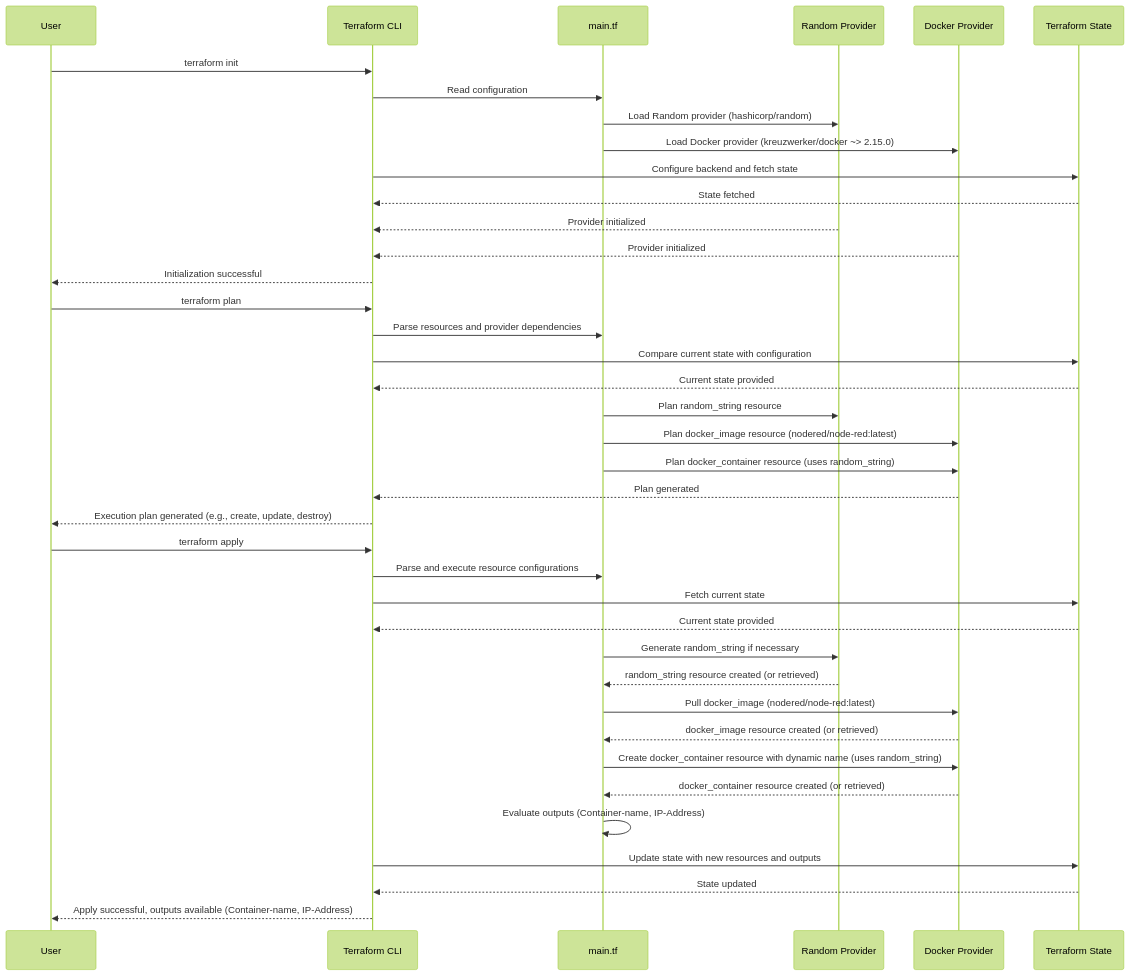
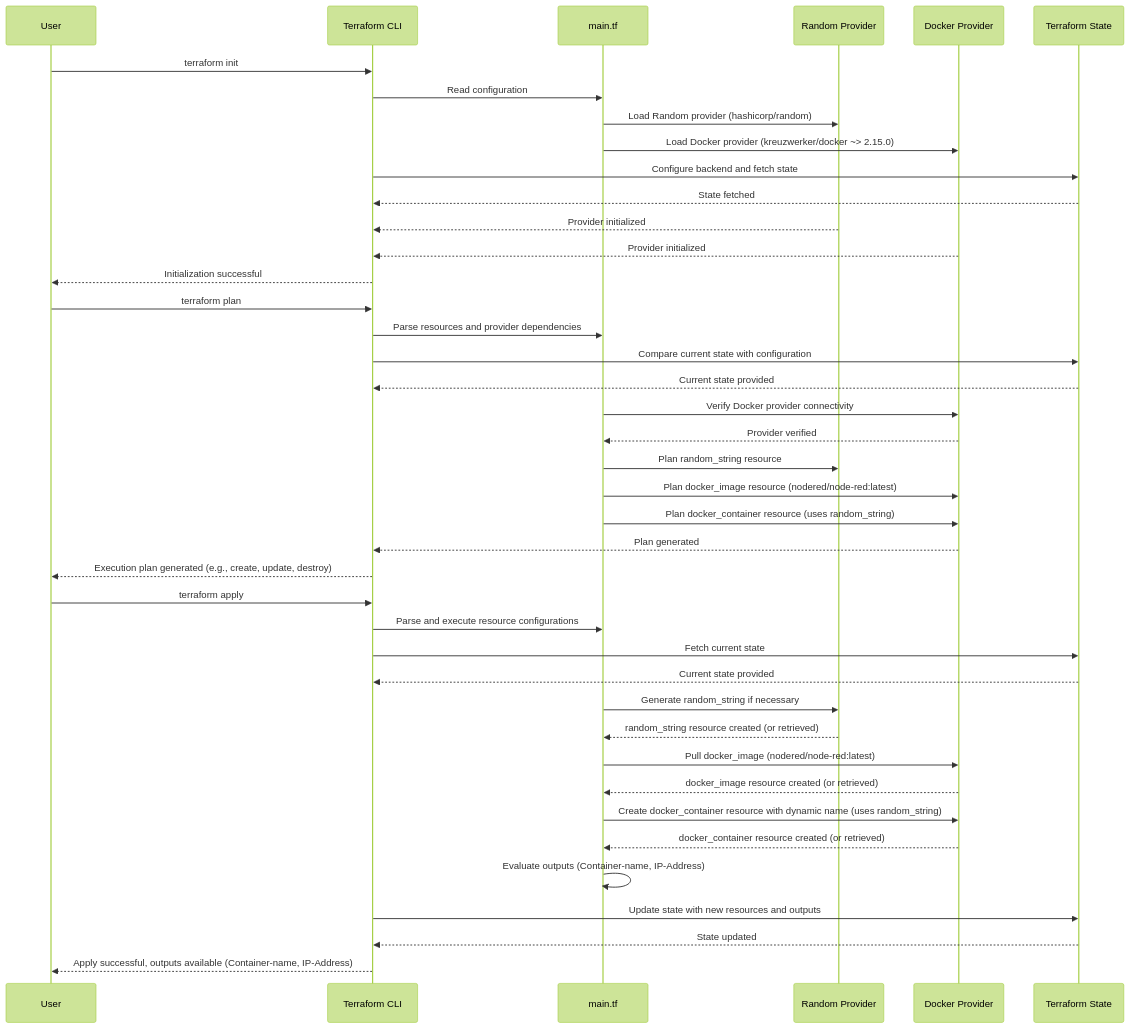
Before and after one commit to MinhHungPhan/terraform-bootcamp: the diagram in 03-terraform-docker/03-state-management/03-terraform-state-locking/README.md, drawn with Mermaid (forest theme).

Commit message:
added the 'Verify Docker Provider' step in the plan phase

````diff
--- a/03-terraform-docker/03-state-management/03-terraform-state-locking/README.md
+++ b/03-terraform-docker/03-state-management/03-terraform-state-locking/README.md
@@ -21,55 +21,63 @@
 ```mermaid
 sequenceDiagram
     participant User as User
     participant TerraformCLI as Terraform CLI
     participant MainTF as main.tf
     participant RandomProvider as Random Provider
     participant DockerProvider as Docker Provider
     participant StateFile as Terraform State
 
-    %% Init phase
+    %% Init Phase
     User->>TerraformCLI: terraform init
     TerraformCLI->>MainTF: Read configuration
     MainTF->>RandomProvider: Load Random provider (hashicorp/random)
     MainTF->>DockerProvider: Load Docker provider (kreuzwerker/docker ~> 2.15.0)
     TerraformCLI->>StateFile: Configure backend and fetch state
     StateFile-->>TerraformCLI: State fetched
     RandomProvider-->>TerraformCLI: Provider initialized
     DockerProvider-->>TerraformCLI: Provider initialized
     TerraformCLI-->>User: Initialization successful
 
-    %% Plan phase
+    %% Plan Phase
     User->>TerraformCLI: terraform plan
     TerraformCLI->>MainTF: Parse resources and provider dependencies
+
+    %% Step: Compare Current State with Configuration
     TerraformCLI->>StateFile: Compare current state with configuration
     StateFile-->>TerraformCLI: Current state provided
+
+    %% Step: Verify Docker Provider (Only if changes are detected)
+    MainTF->>DockerProvider: Verify Docker provider connectivity
+    DockerProvider-->>MainTF: Provider verified
+
+    %% Step: Plan Resources
     MainTF->>RandomProvider: Plan random_string resource
     MainTF->>DockerProvider: Plan docker_image resource (nodered/node-red:latest)
     MainTF->>DockerProvider: Plan docker_container resource (uses random_string)
     DockerProvider-->>TerraformCLI: Plan generated
     TerraformCLI-->>User: Execution plan generated (e.g., create, update, destroy)
 
-    %% Apply phase
+    %% Apply Phase
     User->>TerraformCLI: terraform apply
     TerraformCLI->>MainTF: Parse and execute resource configurations
     TerraformCLI->>StateFile: Fetch current state
     StateFile-->>TerraformCLI: Current state provided
 
-    %% Apply random_string
+    %% Step: Apply random_string
     MainTF->>RandomProvider: Generate random_string if necessary
     RandomProvider-->>MainTF: random_string resource created (or retrieved)
 
-    %% Apply docker_image
+    %% Step: Apply docker_image
     MainTF->>DockerProvider: Pull docker_image (nodered/node-red:latest)
     DockerProvider-->>MainTF: docker_image resource created (or retrieved)
 
-    %% Apply docker_container
+    %% Step: Apply docker_container
     MainTF->>DockerProvider: Create docker_container resource with dynamic name (uses random_string)
     DockerProvider-->>MainTF: docker_container resource created (or retrieved)
 
-    %% Finalize and update state
+    %% Step: Finalize and Update State
     MainTF->>MainTF: Evaluate outputs (Container-name, IP-Address)
     TerraformCLI->>StateFile: Update state with new resources and outputs
     StateFile-->>TerraformCLI: State updated
     TerraformCLI-->>User: Apply successful, outputs available (Container-name, IP-Address)
 ```
````
